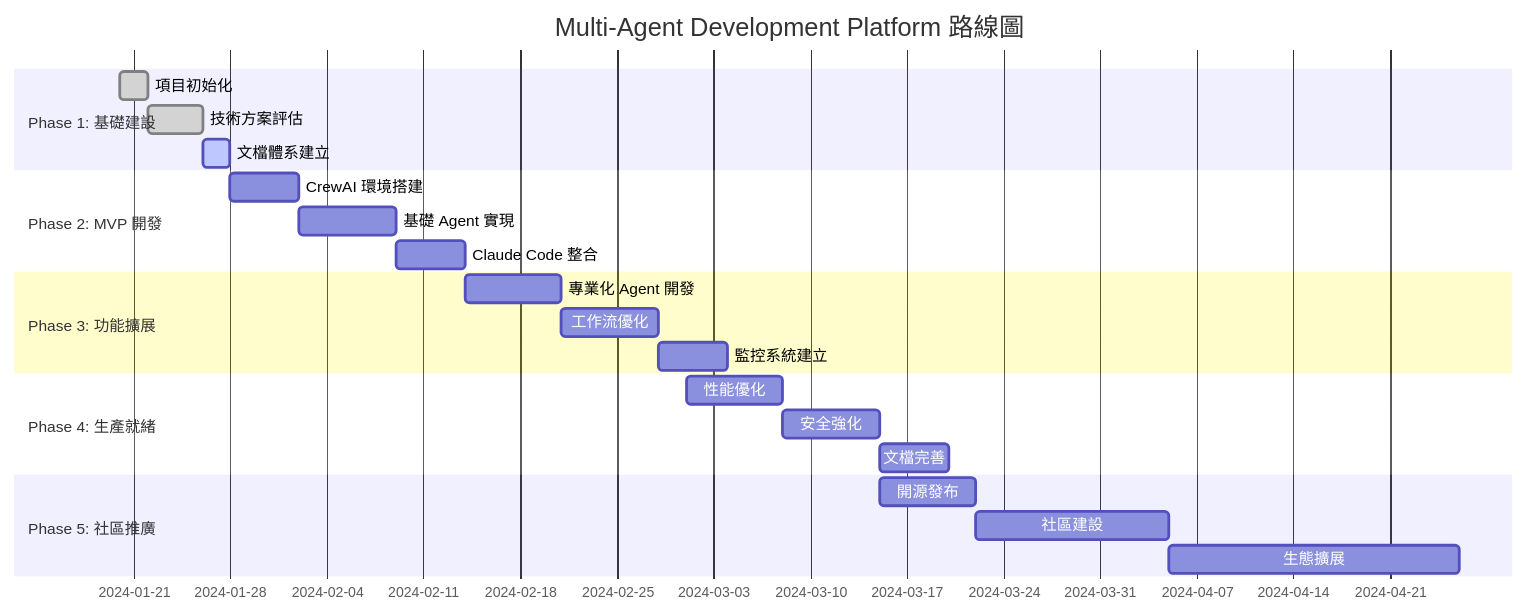
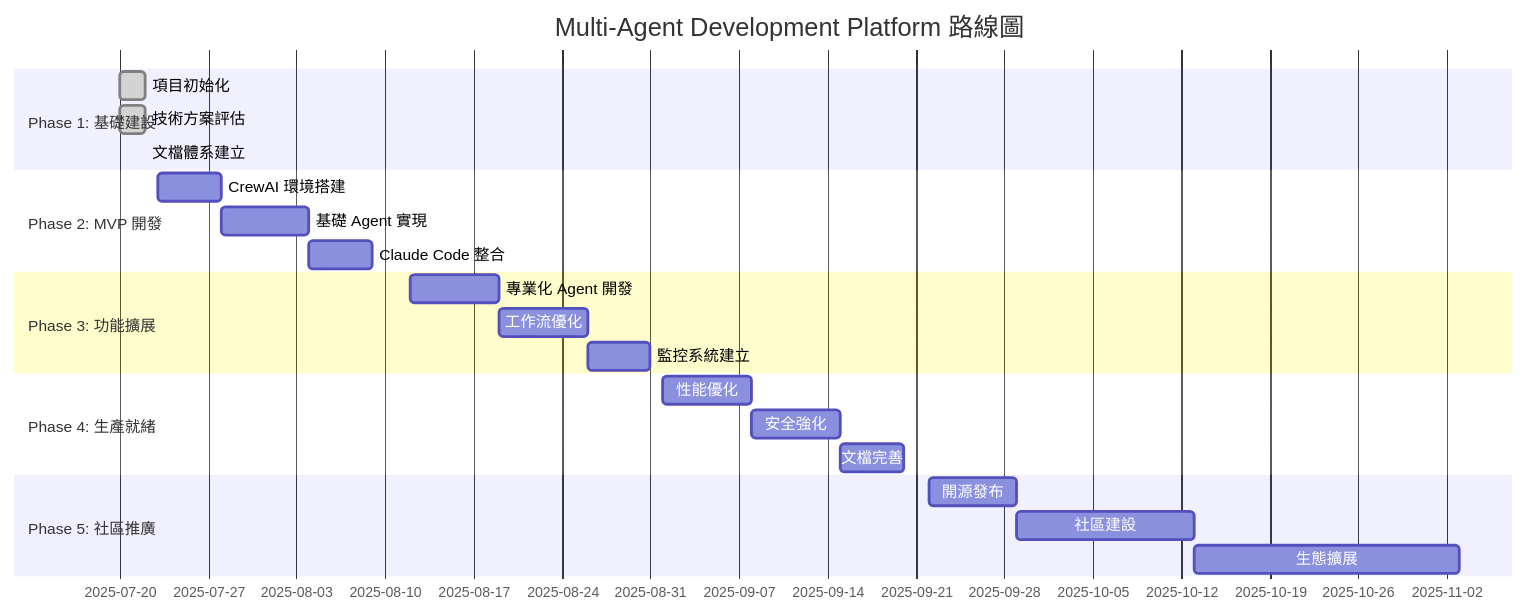
One commit to sec0304qqcc/Multi-Agent-Dev changed the diagram in ROADMAP.md. Above: the diagram before and after it, drawn with Mermaid. The commit also changed other lines of this file, not shown here.

Commit message:
Update project roadmap timeline to current date (2025-07-22)
- Updated all phase dates to reflect realistic timeline starting from today
- Phase 1: 2025-07-20 to 2025-07-22 (completed)
- Phase 2: MVP Development 2025-07-23 to 2025-08-12 (3 weeks)
- Phase 3: Feature Expansion 2025-08-12 to 2025-09-01 (3 weeks)
- Phase 4: Production Ready 2025-09-01 to 2025-09-22 (3 weeks)
- Phase 5: Community Launch 2025-09-22 to 2025-11-10 (7 weeks)
- Long-term planning adjusted to 2025 Q4 - 2026

🤖 Generated with [Claude Code](https://claude.ai/code)

````diff
--- a/ROADMAP.md
+++ b/ROADMAP.md
@@ -15,30 +15,30 @@
 ```mermaid
 gantt
     title Multi-Agent Development Platform 路線圖
     dateFormat YYYY-MM-DD
     
     section Phase 1: 基礎建設
-    項目初始化           :done, init, 2024-01-20, 2024-01-22
-    技術方案評估         :done, eval, 2024-01-22, 2024-01-26
-    文檔體系建立         :active, docs, 2024-01-26, 2024-01-28
+    項目初始化           :done, init, 2025-07-20, 2025-07-22
+    技術方案評估         :done, eval, 2025-07-20, 2025-07-22
+    文檔體系建立         :done, docs, 2025-07-22, 2025-07-22
     
     section Phase 2: MVP 開發
-    CrewAI 環境搭建      :mvp1, 2024-01-28, 2024-02-02
+    CrewAI 環境搭建      :mvp1, 2025-07-23, 2025-07-28
     基礎 Agent 實現      :mvp2, after mvp1, 7d
     Claude Code 整合     :mvp3, after mvp2, 5d
     
     section Phase 3: 功能擴展
-    專業化 Agent 開發    :feat1, 2024-02-14, 2024-02-21
+    專業化 Agent 開發    :feat1, 2025-08-12, 2025-08-19
     工作流優化           :feat2, after feat1, 7d
     監控系統建立         :feat3, after feat2, 5d
     
     section Phase 4: 生產就緒
-    性能優化             :prod1, 2024-03-01, 2024-03-08
+    性能優化             :prod1, 2025-09-01, 2025-09-08
     安全強化             :prod2, after prod1, 7d
     文檔完善             :prod3, after prod2, 5d
     
     section Phase 5: 社區推廣
-    開源發布             :open1, 2024-03-15, 2024-03-22
+    開源發布             :open1, 2025-09-22, 2025-09-29
     社區建設             :open2, after open1, 14d
     生態擴展             :open3, after open2, 21d
 ```
````
